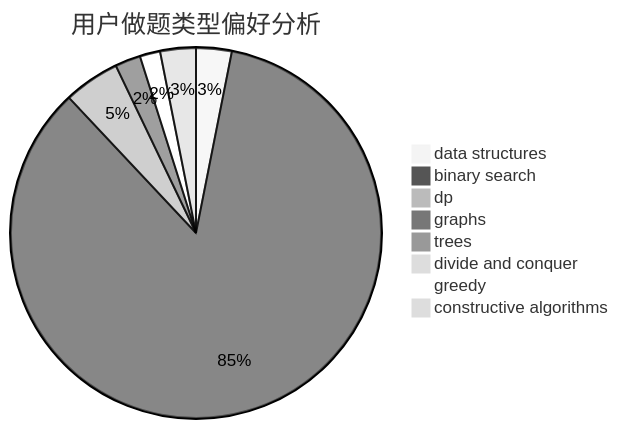
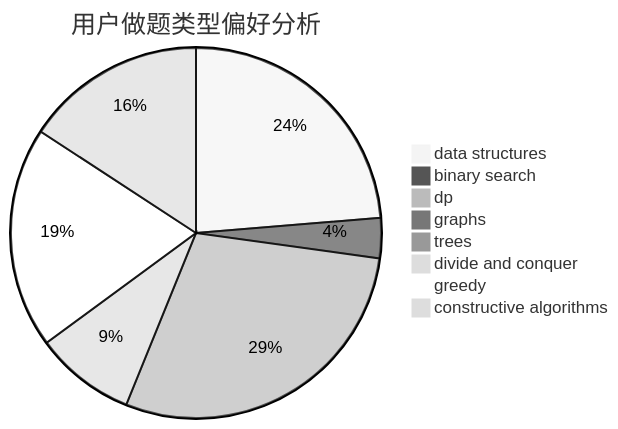
One commit to sherpahu/cfrs.github.io changed the second of 3 diagrams in docs/user/u2109.md. Above: the diagram before and after it, drawn with Mermaid (neutral theme). The commit also changed other lines of this file and 2770 other files, not shown here.

````diff
--- a/docs/user/u2109.md
+++ b/docs/user/u2109.md
@@ -23,11 +23,11 @@
 ```mermaid
 pie title 用户做题类型偏好分析
-    "data structures" :  7
-    "binary search" :  191
-    "dp" :  11
-    "graphs" :  5
+    "data structures" :  27
+    "binary search" :  4
+    "dp" :  33
+    "graphs" :  0
     "trees" :  0
-    "divide and conquer" :  0
-    "greedy" :  4
-    "constructive algorithms" :  7
+    "divide and conquer" :  10
+    "greedy" :  22
+    "constructive algorithms" :  18
 ```
````
